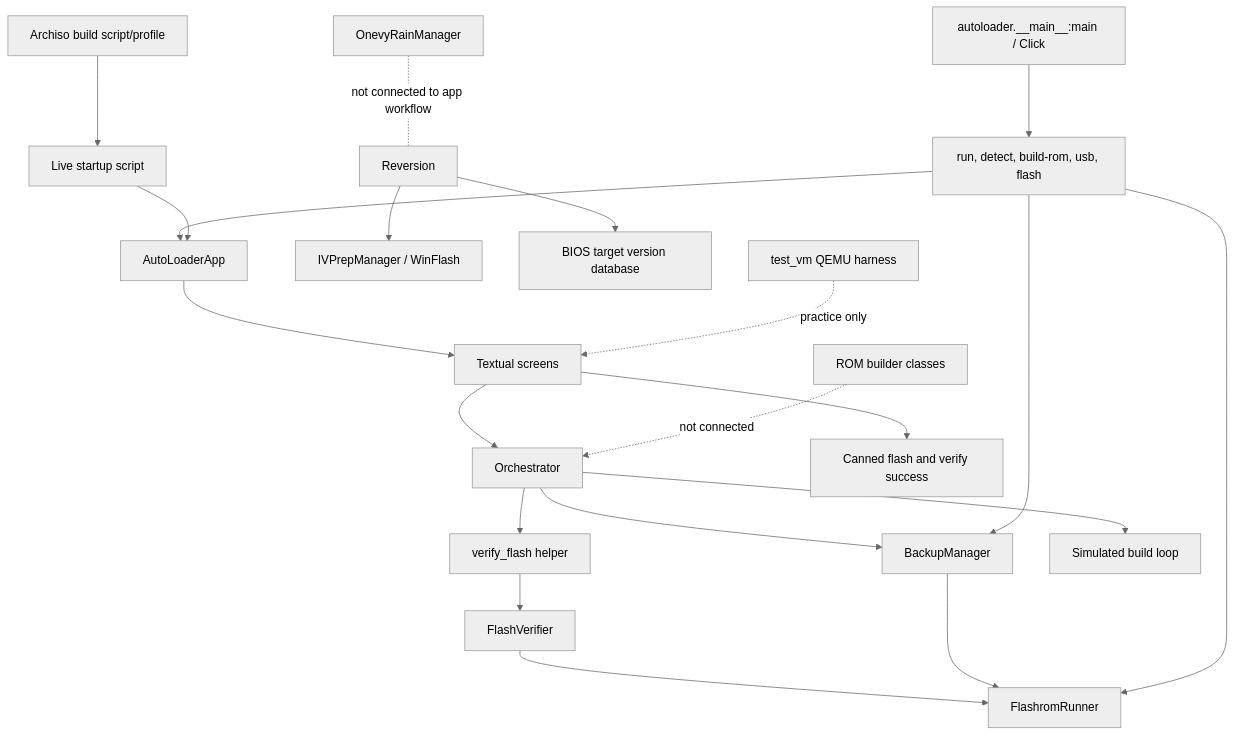
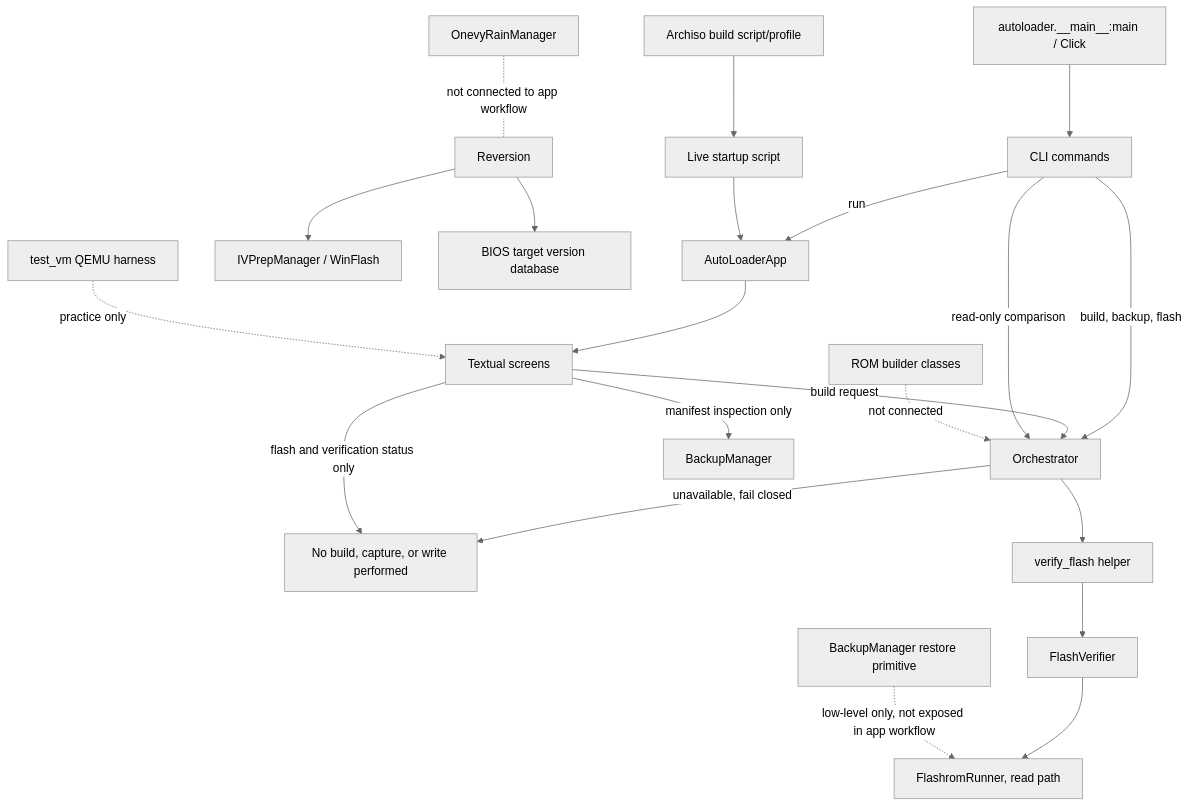
Before and after one commit to abharrison1995-droid/Libre_Core-AutoLoader: the diagram in docs/v1/ARCHITECTURE.md, drawn with Mermaid (neutral theme). The commit also changed other lines of this file and 20 other files, not shown here.

````diff
--- a/docs/v1/ARCHITECTURE.md
+++ b/docs/v1/ARCHITECTURE.md
@@ -5,23 +5,23 @@
 ```mermaid
 flowchart TD
-  Entry[autoloader.__main__:main / Click] --> CLI[run, detect, build-rom, usb, flash]
-  CLI --> App[AutoLoaderApp]
+  Entry[autoloader.__main__:main / Click] --> CLI[CLI commands]
+  CLI -->|run| App[AutoLoaderApp]
   App --> Screens[Textual screens]
-  Screens --> Orch[Orchestrator]
-  Orch --> Backup[BackupManager]
+  CLI -->|build, backup, flash| Orch[Orchestrator]
+  Screens -->|build request| Orch
+  Orch -->|unavailable, fail closed| Result[No build, capture, or write performed]
+  CLI -->|read-only comparison| Orch
   Orch --> Verify[verify_flash helper]
   Verify --> FlashVerifier[FlashVerifier]
-  FlashVerifier --> Runner[FlashromRunner]
-  Backup --> Runner
-  CLI --> Runner
-  CLI --> Backup
-  Orch --> FakeBuild[Simulated build loop]
-  Screens --> FakeFlash[Canned flash and verify success]
+  FlashVerifier --> Runner[FlashromRunner, read path]
+  Screens -->|manifest inspection only| Backup[BackupManager]
+  Screens -->|flash and verification status only| Result
   Builder[ROM builder classes] -. not connected .-> Orch
+  Restore[BackupManager restore primitive] -. low-level only, not exposed in app workflow .-> Runner
   Reversion --> IVprep[IVPrepManager / WinFlash]
   Reversion --> BIOSDB[BIOS target version database]
   Onevy[OnevyRainManager] -. not connected to app workflow .- Reversion
   USB[Archiso build script/profile] --> Start[Live startup script]
   Start --> App
   VM[test_vm QEMU harness] -. practice only .-> Screens
 ```
````
